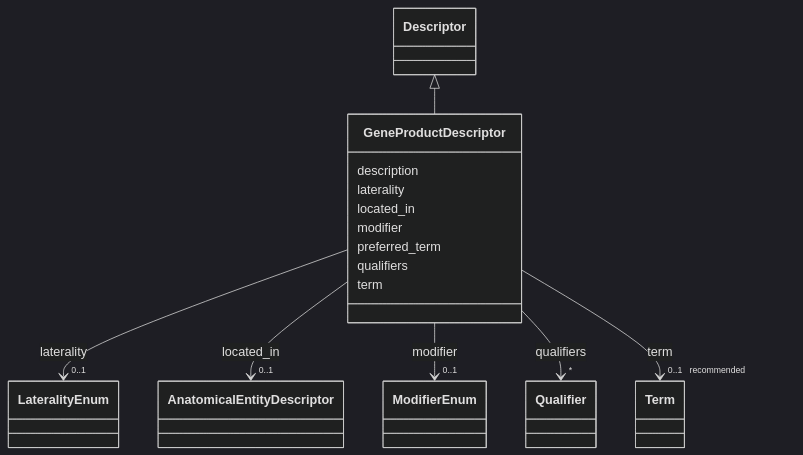
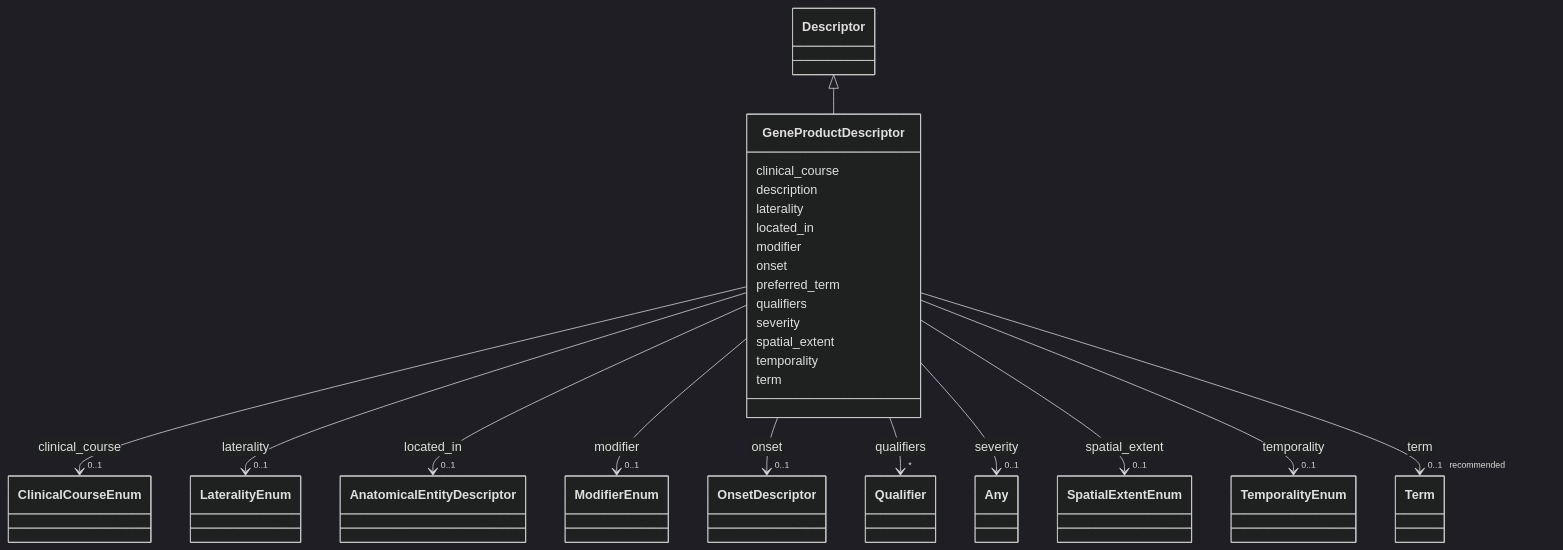
Before and after one commit to monarch-initiative/dismech: the diagram in docs/schema/classes/GeneProductDescriptor.md, drawn with Mermaid (dark theme). The commit also changed other lines of this file and 1343 other files, not shown here.

First line of the commit message:
docs: regenerate schema docs and point design-decisions link at rendered page

```diff
--- a/docs/schema/classes/GeneProductDescriptor.md
+++ b/docs/schema/classes/GeneProductDescriptor.md
@@ -22,6 +22,17 @@
       Descriptor <|-- GeneProductDescriptor
         click Descriptor href "../../classes/Descriptor/"
       
+      GeneProductDescriptor : clinical_course
+        
+          
+    
+        
+        
+        GeneProductDescriptor --> "0..1" ClinicalCourseEnum : clinical_course
+        click ClinicalCourseEnum href "../../enums/ClinicalCourseEnum/"
+    
+
+        
       GeneProductDescriptor : description
         
       GeneProductDescriptor : laterality
@@ -57,6 +68,17 @@
     
 
         
+      GeneProductDescriptor : onset
+        
+          
+    
+        
+        
+        GeneProductDescriptor --> "0..1" OnsetDescriptor : onset
+        click OnsetDescriptor href "../../classes/OnsetDescriptor/"
+    
+
+        
       GeneProductDescriptor : preferred_term
         
       GeneProductDescriptor : qualifiers
@@ -67,6 +89,39 @@
         
         GeneProductDescriptor --> "*" Qualifier : qualifiers
         click Qualifier href "../../classes/Qualifier/"
+    
+
+        
+      GeneProductDescriptor : severity
+        
+          
+    
+        
+        
+        GeneProductDescriptor --> "0..1" Any : severity
+        click Any href "../../classes/Any/"
+    
+
+        
+      GeneProductDescriptor : spatial_extent
+        
+          
+    
+        
+        
+        GeneProductDescriptor --> "0..1" SpatialExtentEnum : spatial_extent
+        click SpatialExtentEnum href "../../enums/SpatialExtentEnum/"
+    
+
+        
+      GeneProductDescriptor : temporality
+        
+          
+    
+        
+        
+        GeneProductDescriptor --> "0..1" TemporalityEnum : temporality
+        click TemporalityEnum href "../../enums/TemporalityEnum/"
     
 
         
```
